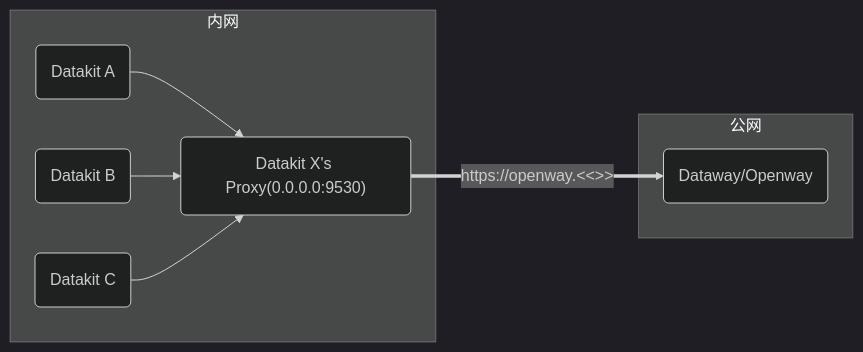
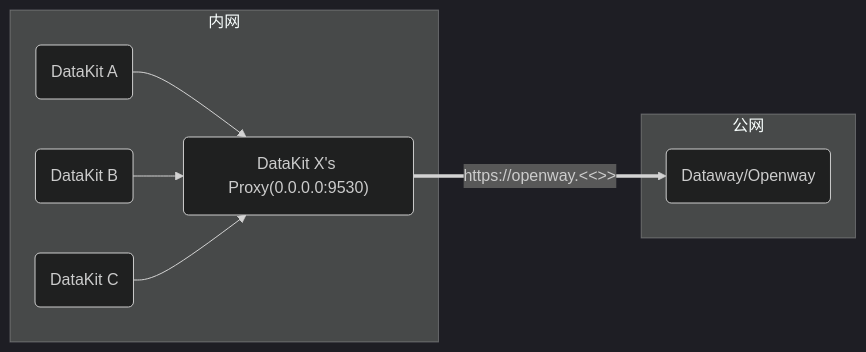
Before and after one commit to GuanceCloud/datakit: the diagram in internal/export/doc/zh/inputs/proxy.md, drawn with Mermaid (dark theme). The commit also changed other lines of this file and 325 other files, not shown here.

````diff
--- a/internal/export/doc/zh/inputs/proxy.md
+++ b/internal/export/doc/zh/inputs/proxy.md
@@ -78,18 +78,18 @@
 ``` mermaid
 flowchart LR;
-dk_A(Datakit A);
-dk_B(Datakit B);
-dk_C(Datakit C);
-dk_X_proxy("Datakit X's Proxy(0.0.0.0:9530)");
+dk_A(DataKit A);
+dk_B(DataKit B);
+dk_C(DataKit C);
+dk_X_proxy("DataKit X's Proxy(0.0.0.0:9530)");
 dw(Dataway/Openway);
 
 subgraph "内网"
 dk_A --> dk_X_proxy;
 dk_B --> dk_X_proxy;
 dk_C --> dk_X_proxy;
 end
 
 subgraph "公网"
 dk_X_proxy ==> |https://openway.<<<custom_key.brand_main_domain>>>|dw;
 end
 ```
````
